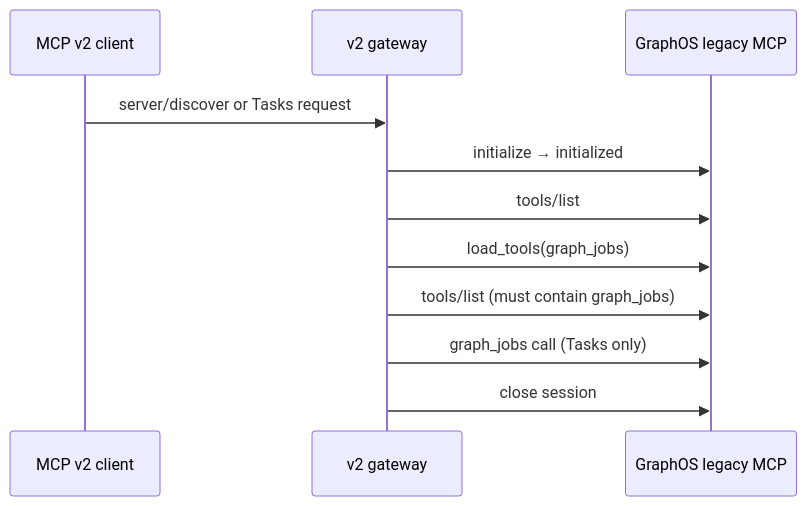
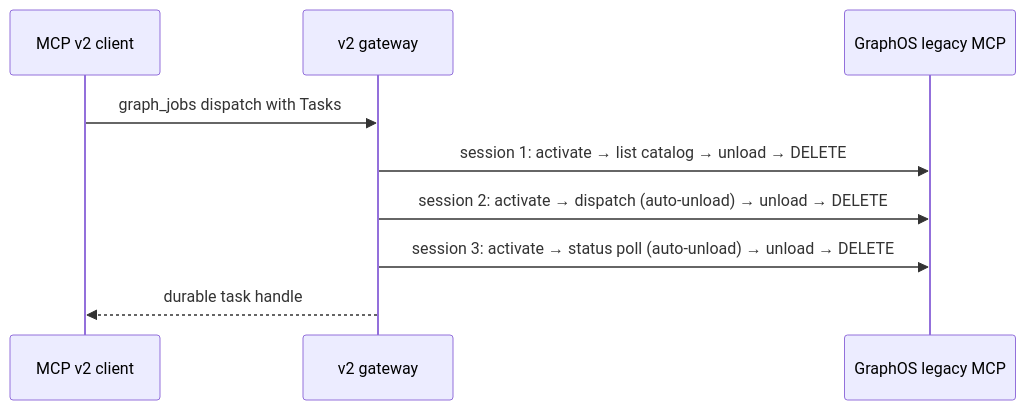
One commit to Knuckles-Team/agent-utilities changed the second of 2 diagrams in docs/guides/durable-execution.md. Above: the diagram before and after it, drawn with Mermaid. The commit also changed other lines of this file and 6 other files, not shown here.

````diff
--- a/docs/guides/durable-execution.md
+++ b/docs/guides/durable-execution.md
@@ -116,13 +125,11 @@
 ```mermaid
 sequenceDiagram
     participant C as MCP v2 client
     participant G as v2 gateway
     participant O as GraphOS legacy MCP
-    C->>G: server/discover or Tasks request
-    G->>O: initialize → initialized
-    G->>O: tools/list
-    G->>O: load_tools(graph_jobs)
-    G->>O: tools/list (must contain graph_jobs)
-    G->>O: graph_jobs call (Tasks only)
-    G->>O: close session
+    C->>G: graph_jobs dispatch with Tasks
+    G->>O: session 1: activate → list catalog → unload → DELETE
+    G->>O: session 2: activate → dispatch (auto-unload) → unload → DELETE
+    G->>O: session 3: activate → status poll (auto-unload) → unload → DELETE
+    G-->>C: durable task handle
 ```
````
